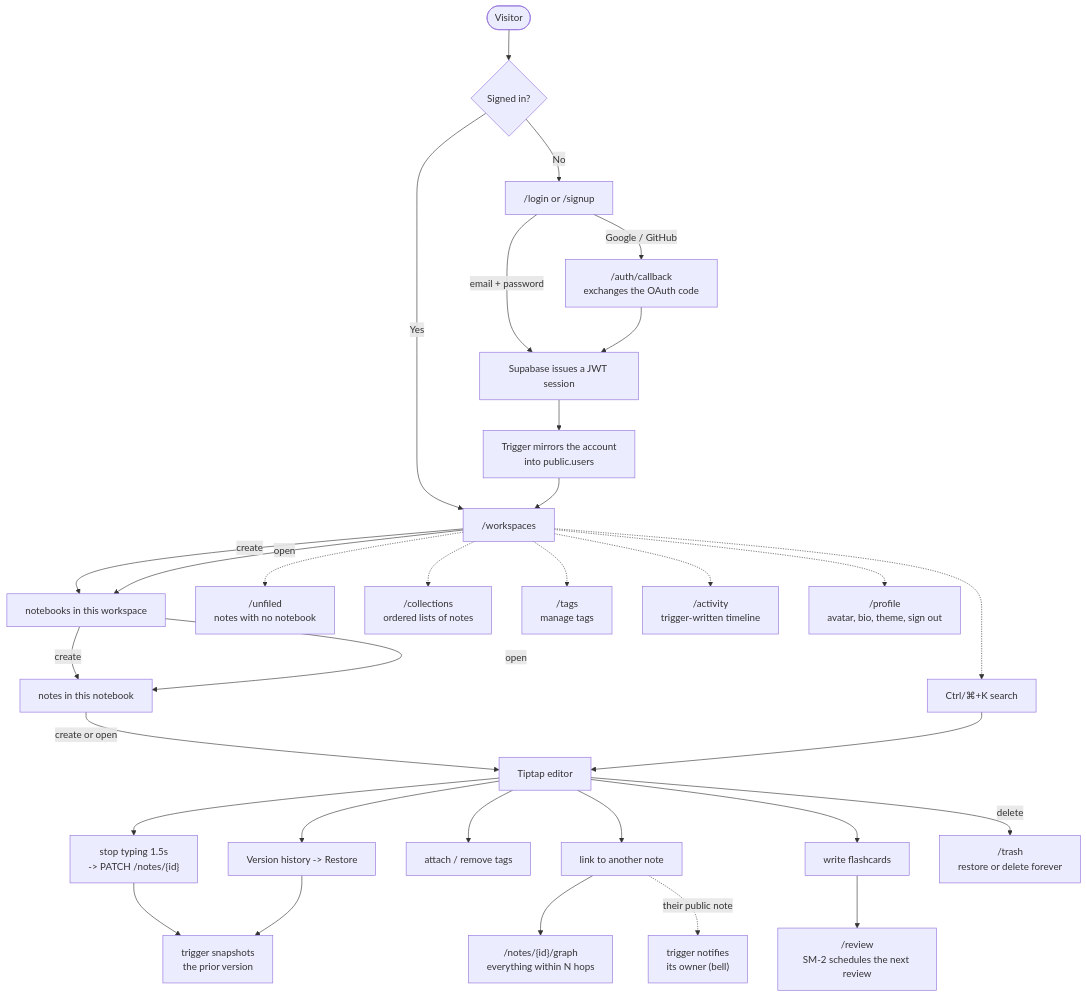
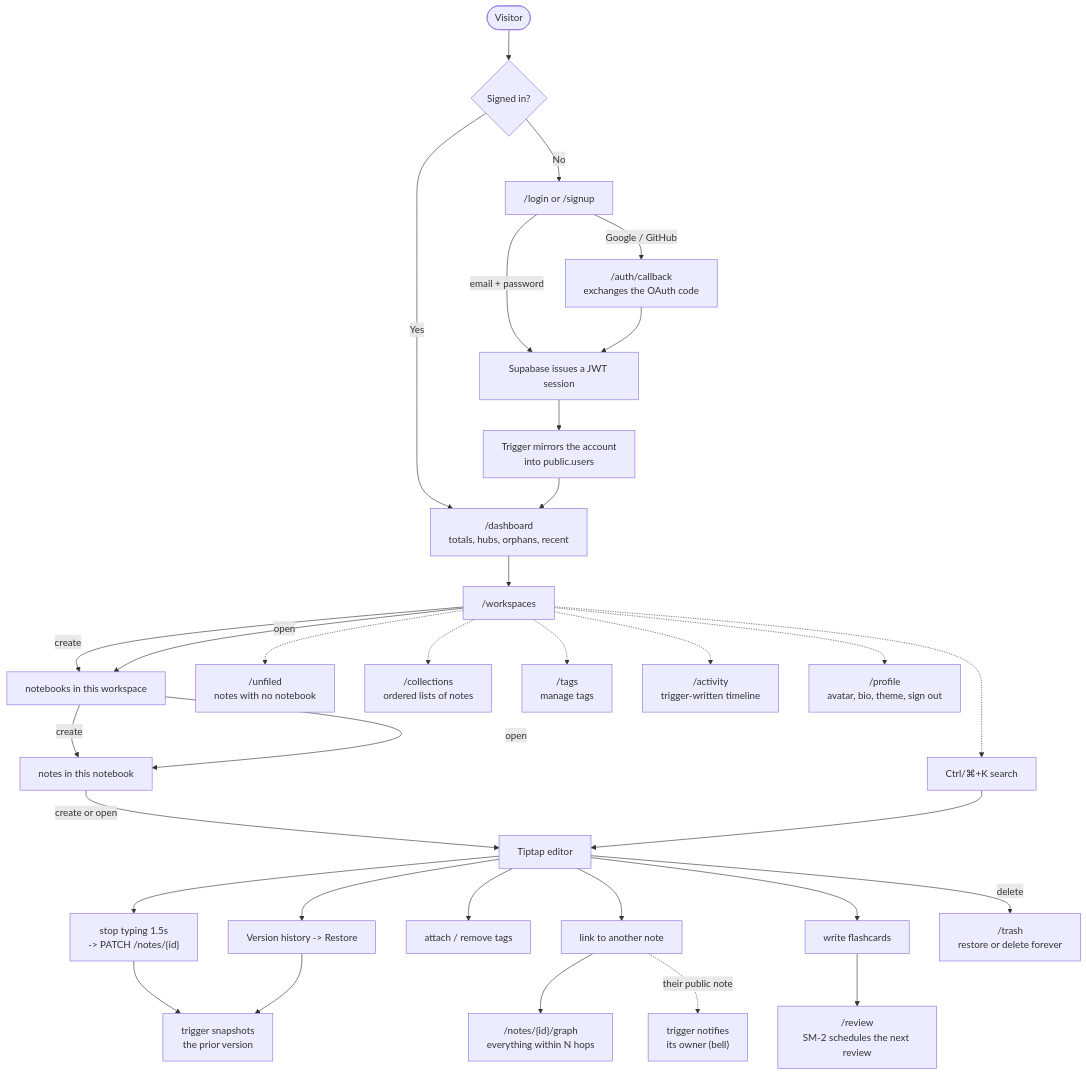
One commit to Mahakisore7/Neuro_Vault changed the third of 3 diagrams in README.md. Above: the diagram before and after it, drawn with Mermaid. The commit also changed other lines of this file and 15 other files, not shown here.

First line of the commit message:
feat: dashboard home page backed by the database views

````diff
--- a/README.md
+++ b/README.md
@@ -301,37 +302,38 @@
 ```mermaid
 flowchart TD
     Start(["Visitor"]) --> HasSession{"Signed in?"}
     HasSession -- No --> AuthChoice["/login or /signup"]
     AuthChoice -- "email + password" --> Session
     AuthChoice -- "Google / GitHub" --> Callback["/auth/callback<br/>exchanges the OAuth code"]
     Callback --> Session["Supabase issues a JWT session"]
     Session --> Sync["Trigger mirrors the account<br/>into public.users"]
-    HasSession -- Yes --> Workspaces
-    Sync --> Workspaces["/workspaces"]
+    HasSession -- Yes --> Home
+    Sync --> Home["/dashboard<br/>totals, hubs, orphans, recent"]
+    Home --> Workspaces["/workspaces"]
 
     Workspaces -- "create" --> WsDetail
     Workspaces -- "open" --> WsDetail["notebooks in this workspace"]
     WsDetail -- "create" --> NbDetail
     WsDetail -- "open" --> NbDetail["notes in this notebook"]
     NbDetail -- "create or open" --> Editor["Tiptap editor"]
 
     Editor --> Autosave["stop typing 1.5s<br/>-> PATCH /notes/{id}"]
     Autosave --> Trigger["trigger snapshots<br/>the prior version"]
     Editor --> History["Version history -> Restore"]
     History --> Trigger
     Editor --> Tags["attach / remove tags"]
     Editor --> Links["link to another note"]
     Links --> Graph["/notes/{id}/graph<br/>everything within N hops"]
     Links -. "their public note" .-> Notify["trigger notifies<br/>its owner (bell)"]
     Editor --> Cards["write flashcards"]
     Cards --> Review["/review<br/>SM-2 schedules the next review"]
     Editor -- "delete" --> Trash["/trash<br/>restore or delete forever"]
 
     Workspaces -.-> Search["Ctrl/⌘+K search"]
     Search --> Editor
     Workspaces -.-> Unfiled["/unfiled<br/>notes with no notebook"]
     Workspaces -.-> Collections["/collections<br/>ordered lists of notes"]
     Workspaces -.-> TagsPage["/tags<br/>manage tags"]
     Workspaces -.-> Activity["/activity<br/>trigger-written timeline"]
     Workspaces -.-> Profile["/profile<br/>avatar, bio, theme, sign out"]
 ```
````
